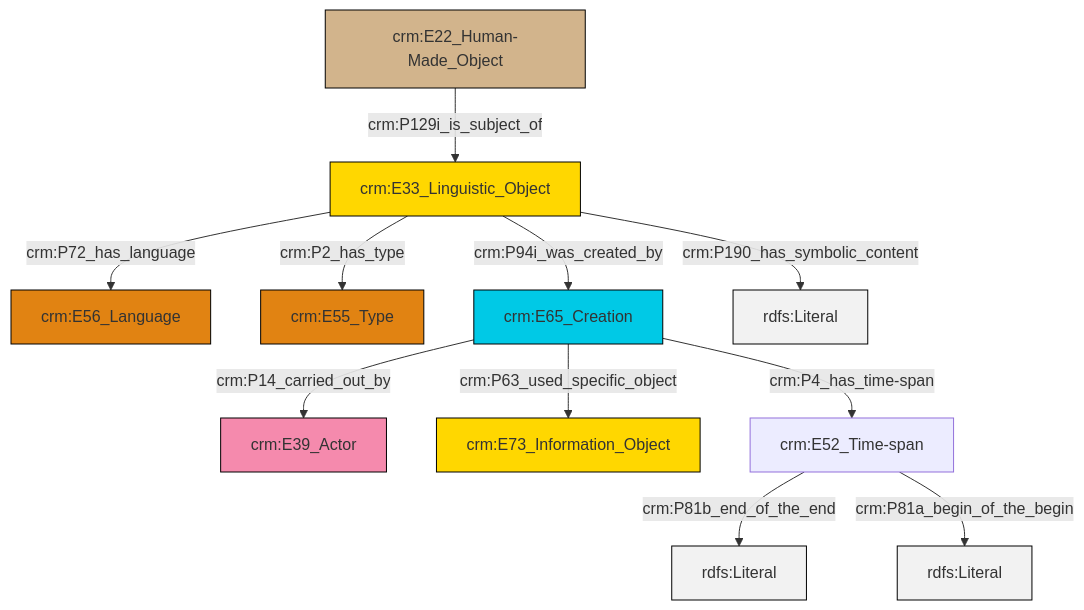
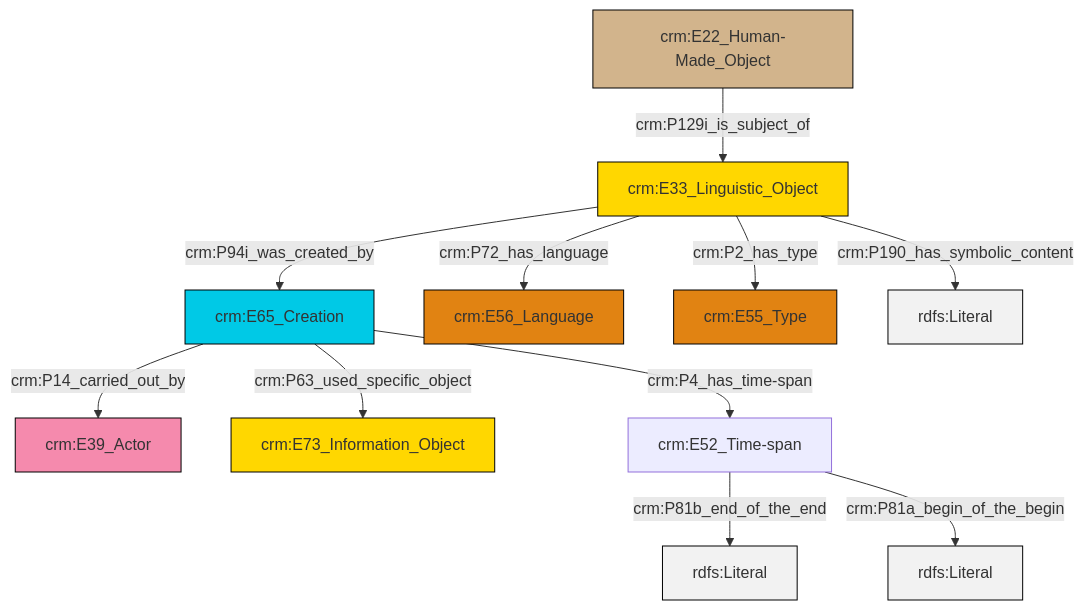
Before and after one commit to swiss-art-research-net/docs.swissartresearch: the diagram in et/carrierCSV/ttl/mmd/carrier_description.ttl.mmd, drawn with Mermaid. The commit also changed 179 other files, not shown here.

```diff
--- a/et/carrierCSV/ttl/mmd/carrier_description.ttl.mmd
+++ b/et/carrierCSV/ttl/mmd/carrier_description.ttl.mmd
@@ -1,25 +1,25 @@
 graph TD
 classDef Literal fill:#f2f2f2,stroke:#000000;
 classDef CRM_Entity fill:#FFFFFF,stroke:#000000;
 classDef Temporal_Entity fill:#00C9E6, stroke:#000000;
 classDef Type fill:#E18312, stroke:#000000;
 classDef Time-Span fill:#2C9C91, stroke:#000000;
 classDef Appellation fill:#FFEB7F, stroke:#000000;
 classDef Place fill:#008836, stroke:#000000;
 classDef Persistent_Item fill:#B266B2, stroke:#000000;
 classDef Conceptual_Object fill:#FFD700, stroke:#000000;
 classDef Physical_Thing fill:#D2B48C, stroke:#000000;
 classDef Actor fill:#f58aad, stroke:#000000;
 classDef PC_Classes fill:#4ce600, stroke:#000000;
 classDef Multi fill:#cccccc,stroke:#000000;
 
-0["crm:E33_Linguistic_Object"]:::Conceptual_Object -->|crm:P72_has_language| 1["crm:E56_Language"]:::Type
-0["crm:E33_Linguistic_Object"]:::Conceptual_Object -->|crm:P2_has_type| 3["crm:E55_Type"]:::Type
-0["crm:E33_Linguistic_Object"]:::Conceptual_Object -->|crm:P94i_was_created_by| 4["crm:E65_Creation"]:::Temporal_Entity
-8["crm:E22_Human-Made_Object"]:::Physical_Thing -->|crm:P129i_is_subject_of| 0["crm:E33_Linguistic_Object"]:::Conceptual_Object
-0["crm:E33_Linguistic_Object"]:::Conceptual_Object -->|crm:P190_has_symbolic_content| 12[rdfs:Literal]:::Literal
-4["crm:E65_Creation"]:::Temporal_Entity -->|crm:P63_used_specific_object| 13["crm:E73_Information_Object"]:::Conceptual_Object
-14["crm:E52_Time-span"]:::Default -->|crm:P81b_end_of_the_end| 15[rdfs:Literal]:::Literal
-14["crm:E52_Time-span"]:::Default -->|crm:P81a_begin_of_the_begin| 16[rdfs:Literal]:::Literal
-4["crm:E65_Creation"]:::Temporal_Entity -->|crm:P4_has_time-span| 14["crm:E52_Time-span"]:::Default
-4["crm:E65_Creation"]:::Temporal_Entity -->|crm:P14_carried_out_by| 6["crm:E39_Actor"]:::Actor
+2["crm:E65_Creation"]:::Temporal_Entity -->|crm:P63_used_specific_object| 3["crm:E73_Information_Object"]:::Conceptual_Object
+5["crm:E33_Linguistic_Object"]:::Conceptual_Object -->|crm:P94i_was_created_by| 2["crm:E65_Creation"]:::Temporal_Entity
+6["crm:E22_Human-Made_Object"]:::Physical_Thing -->|crm:P129i_is_subject_of| 5["crm:E33_Linguistic_Object"]:::Conceptual_Object
+5["crm:E33_Linguistic_Object"]:::Conceptual_Object -->|crm:P72_has_language| 8["crm:E56_Language"]:::Type
+5["crm:E33_Linguistic_Object"]:::Conceptual_Object -->|crm:P190_has_symbolic_content| 13[rdfs:Literal]:::Literal
+14["crm:E52_Time-span"]:::Default -->|crm:P81b_end_of_the_end| 16[rdfs:Literal]:::Literal
+5["crm:E33_Linguistic_Object"]:::Conceptual_Object -->|crm:P2_has_type| 11["crm:E55_Type"]:::Type
+14["crm:E52_Time-span"]:::Default -->|crm:P81a_begin_of_the_begin| 17[rdfs:Literal]:::Literal
+2["crm:E65_Creation"]:::Temporal_Entity -->|crm:P4_has_time-span| 14["crm:E52_Time-span"]:::Default
+2["crm:E65_Creation"]:::Temporal_Entity -->|crm:P14_carried_out_by| 0["crm:E39_Actor"]:::Actor
```
